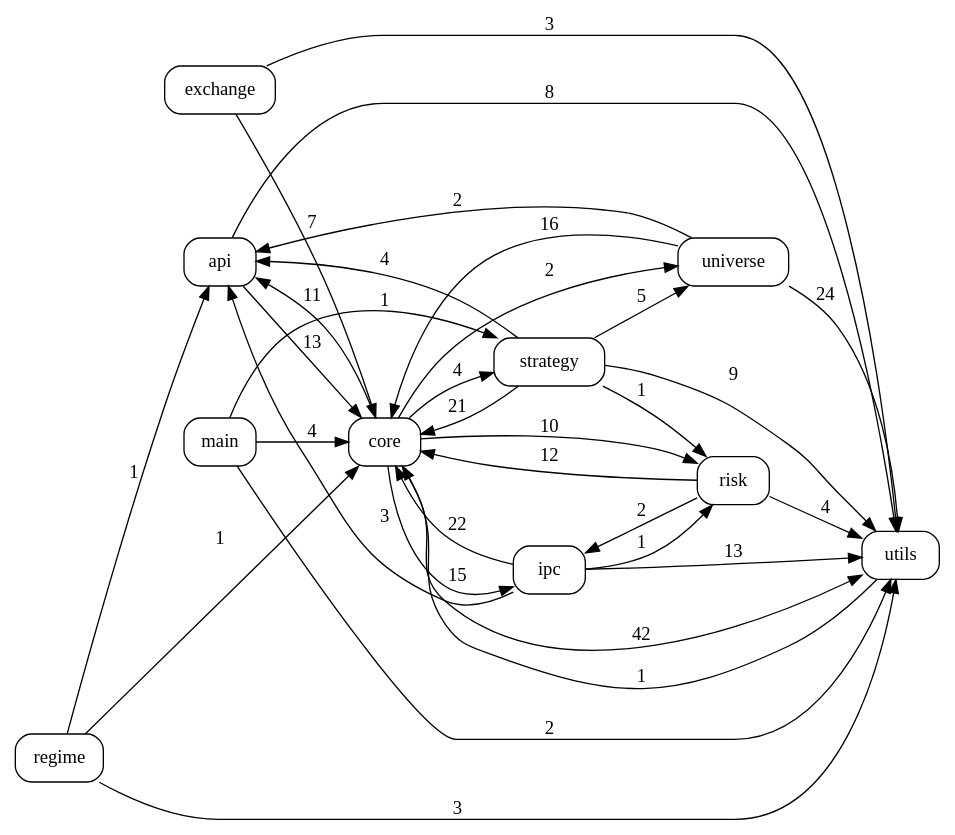
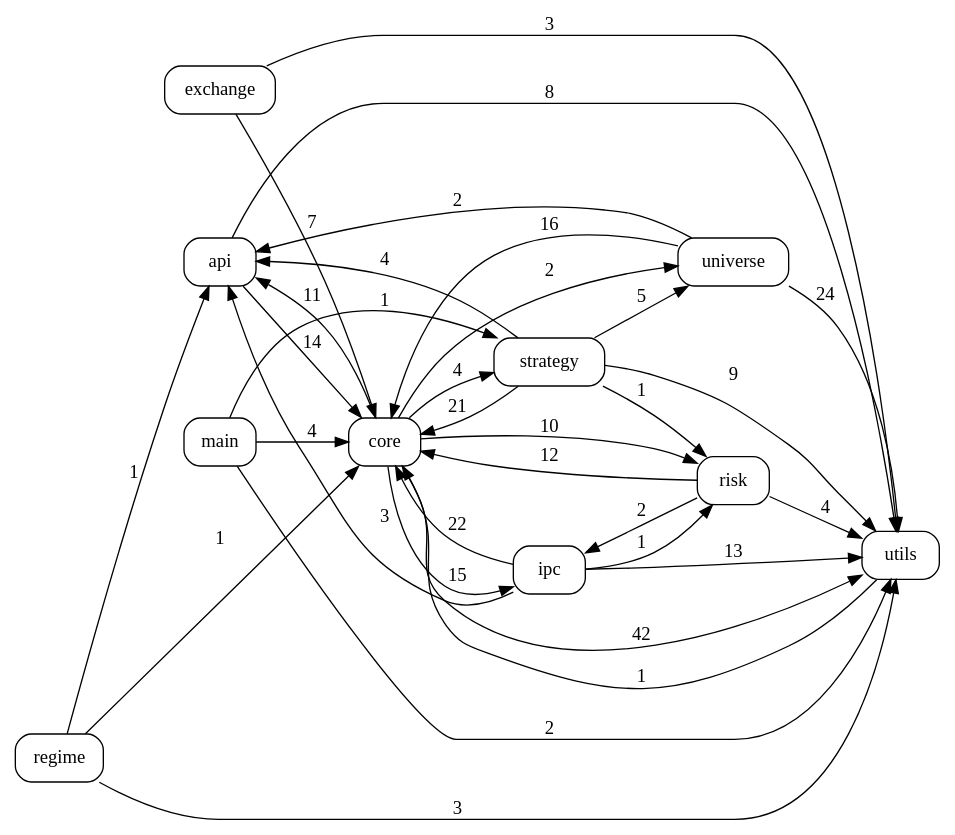
The diagram in docs/code_graph.dot (pypy8171/Quant), drawn with Graphviz before and after one commit. The commit also changed 14 other files, not shown here.

```diff
--- a/docs/code_graph.dot
+++ b/docs/code_graph.dot
@@ -1,46 +1,46 @@
 digraph code_graph {
   rankdir=LR;
   node [shape=box, style=rounded, fontname="Consolas"];
   "api";
   "core";
   "exchange";
   "ipc";
   "main";
   "regime";
   "risk";
   "strategy";
   "universe";
   "utils";
-  "api" -> "core" [label="13"];
+  "api" -> "core" [label="14"];
   "api" -> "utils" [label="8"];
   "core" -> "api" [label="11"];
   "core" -> "ipc" [label="15"];
   "core" -> "risk" [label="10"];
   "core" -> "strategy" [label="4"];
   "core" -> "universe" [label="2"];
   "core" -> "utils" [label="42"];
   "exchange" -> "core" [label="7"];
   "exchange" -> "utils" [label="3"];
   "ipc" -> "api" [label="3"];
   "ipc" -> "core" [label="22"];
   "ipc" -> "risk" [label="1"];
   "ipc" -> "utils" [label="13"];
   "main" -> "core" [label="4"];
   "main" -> "strategy" [label="1"];
   "main" -> "utils" [label="2"];
   "regime" -> "api" [label="1"];
   "regime" -> "core" [label="1"];
   "regime" -> "utils" [label="3"];
   "risk" -> "core" [label="12"];
   "risk" -> "ipc" [label="2"];
   "risk" -> "utils" [label="4"];
   "strategy" -> "api" [label="4"];
   "strategy" -> "core" [label="21"];
   "strategy" -> "risk" [label="1"];
   "strategy" -> "universe" [label="5"];
   "strategy" -> "utils" [label="9"];
   "universe" -> "api" [label="2"];
   "universe" -> "core" [label="16"];
   "universe" -> "utils" [label="24"];
   "utils" -> "core" [label="1"];
 }
```
